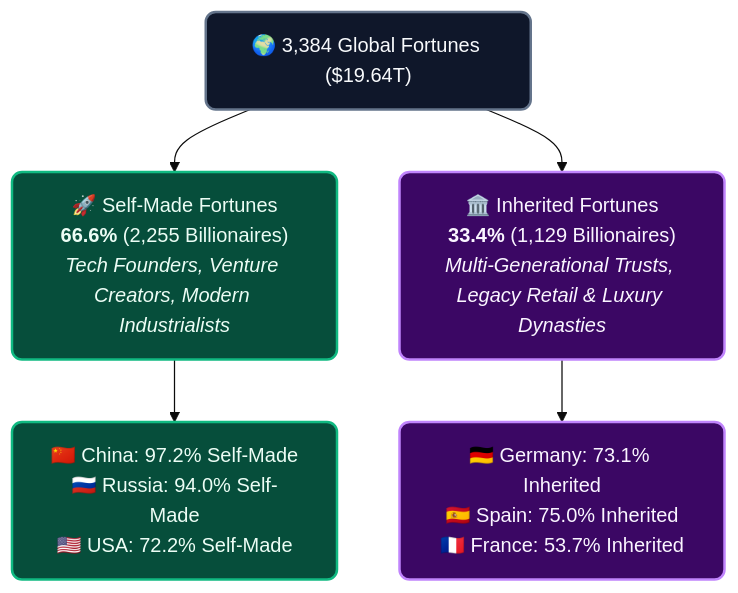
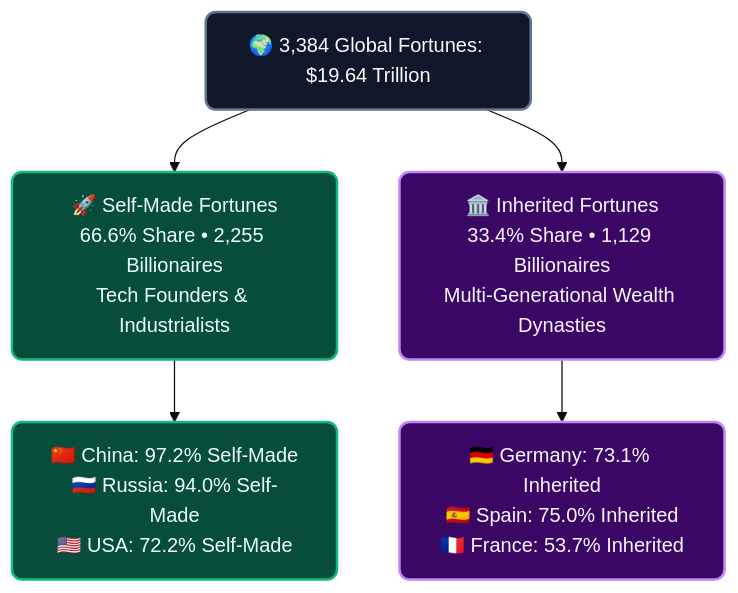
The fourth of 4 diagrams in README.md (Sohila-Khaled-Abbas/Global-Billionaire-Wealth-2026), drawn with Mermaid (base theme) before and after one commit. The commit also changed other lines of this file, not shown here.

Commit message:
docs: update mermaid diagrams and entity descriptions in README

````diff
--- a/README.md
+++ b/README.md
@@ -234,14 +241,14 @@
 ```mermaid
 flowchart TD
     classDef selfMadeStyle fill:#064E3B,stroke:#10B981,stroke-width:2px,color:#ECFDF5,rx:8,ry:8;
     classDef inheritedStyle fill:#3B0764,stroke:#C084FC,stroke-width:2px,color:#FAF5FF,rx:8,ry:8;
     classDef rootStyle fill:#0F172A,stroke:#64748B,stroke-width:2px,color:#F8FAFC,rx:8,ry:8;
 
-    R["🌍 3,384 Global Fortunes ($19.64T)"]:::rootStyle
+    R["🌍 3,384 Global Fortunes: $19.64 Trillion"]:::rootStyle
     
-    R --> S["🚀 Self-Made Fortunes<br/><b>66.6%</b> (2,255 Billionaires)<br/><i>Tech Founders, Venture Creators, Modern Industrialists</i>"]:::selfMadeStyle
-    R --> I["🏛️ Inherited Fortunes<br/><b>33.4%</b> (1,129 Billionaires)<br/><i>Multi-Generational Trusts, Legacy Retail & Luxury Dynasties</i>"]:::inheritedStyle
+    R --> S["🚀 Self-Made Fortunes<br/>66.6% Share • 2,255 Billionaires<br/>Tech Founders & Industrialists"]:::selfMadeStyle
+    R --> I["🏛️ Inherited Fortunes<br/>33.4% Share • 1,129 Billionaires<br/>Multi-Generational Wealth Dynasties"]:::inheritedStyle
 
     S --> SC["🇨🇳 China: 97.2% Self-Made<br/>🇷🇺 Russia: 94.0% Self-Made<br/>🇺🇸 USA: 72.2% Self-Made"]:::selfMadeStyle
     I --> IC["🇩🇪 Germany: 73.1% Inherited<br/>🇪🇸 Spain: 75.0% Inherited<br/>🇫🇷 France: 53.7% Inherited"]:::inheritedStyle
 ```
````
